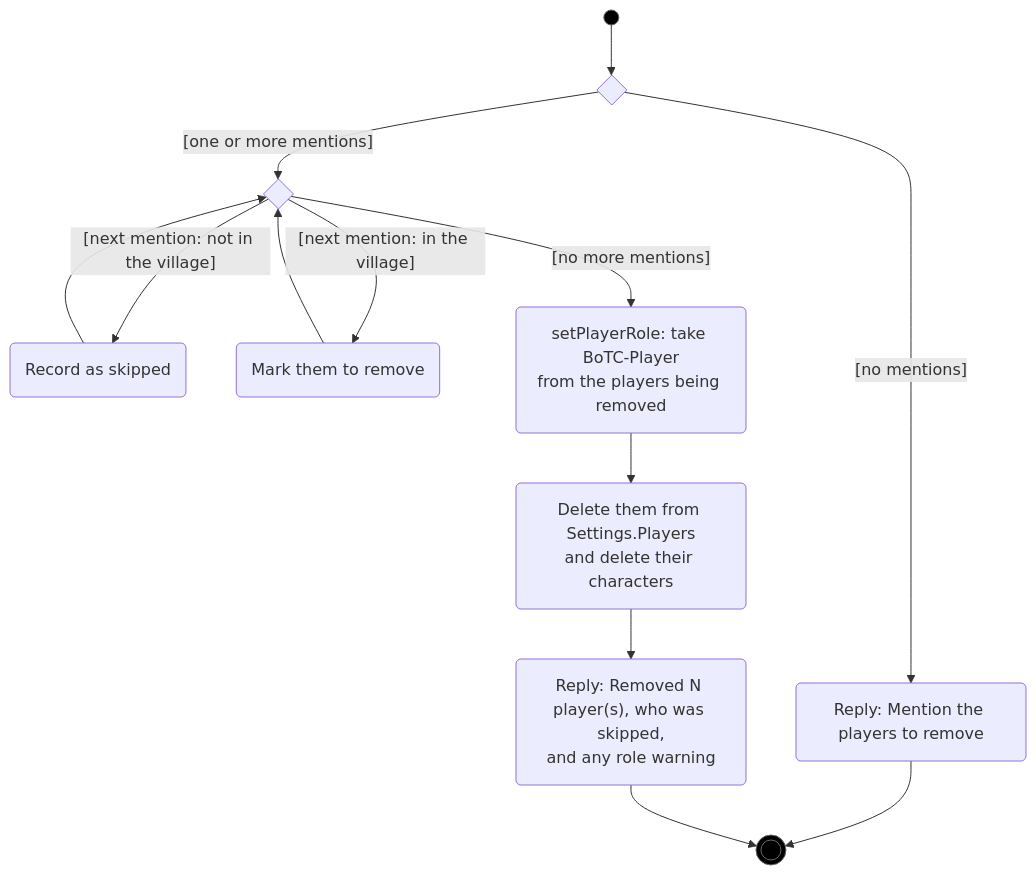
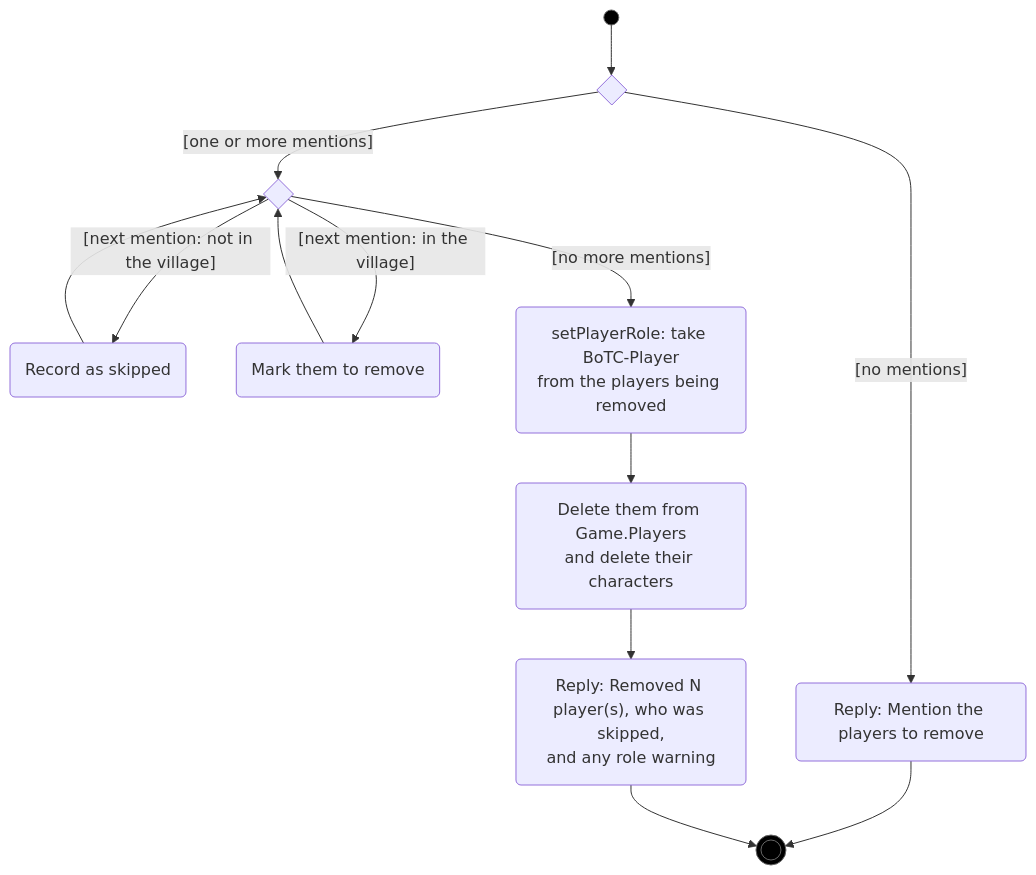
The fifth of 5 diagrams in docs/uml/village.md (RAGNOARAKNOS/BotOnTheClocktower), drawn with Mermaid before and after one commit. The commit also changed other lines of this file and 13 other files, not shown here.

````diff
--- a/docs/uml/village.md
+++ b/docs/uml/village.md
@@ -116,18 +116,18 @@
 ```mermaid
 flowchart TD
     start((" ")):::initial --> d0{" "}
     d0 -->|"[no mentions]"| usage("Reply: Mention the players to remove")
     d0 -->|"[one or more mentions]"| next{" "}
     next -->|"[next mention: not in the village]"| skip("Record as skipped")
     next -->|"[next mention: in the village]"| mark("Mark them to remove")
     skip --> next
     mark --> next
     next -->|"[no more mentions]"| role("setPlayerRole: take BoTC-Player<br/>from the players being removed")
-    role --> del("Delete them from Settings.Players<br/>and delete their characters")
+    role --> del("Delete them from Game.Players<br/>and delete their characters")
     del --> reply("Reply: Removed N player(s), who was skipped,<br/>and any role warning")
     usage --> done(((" "))):::final
     reply --> done
 
     classDef initial fill:#000,stroke:#666
     classDef final fill:#000,stroke:#666
 ```
````
